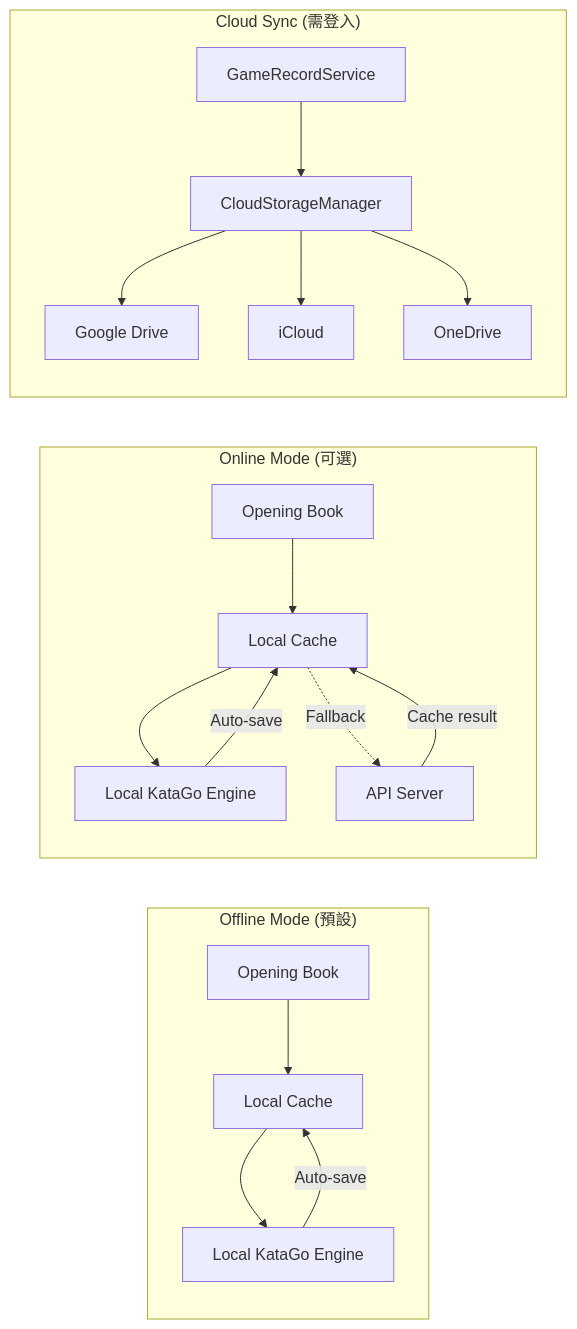
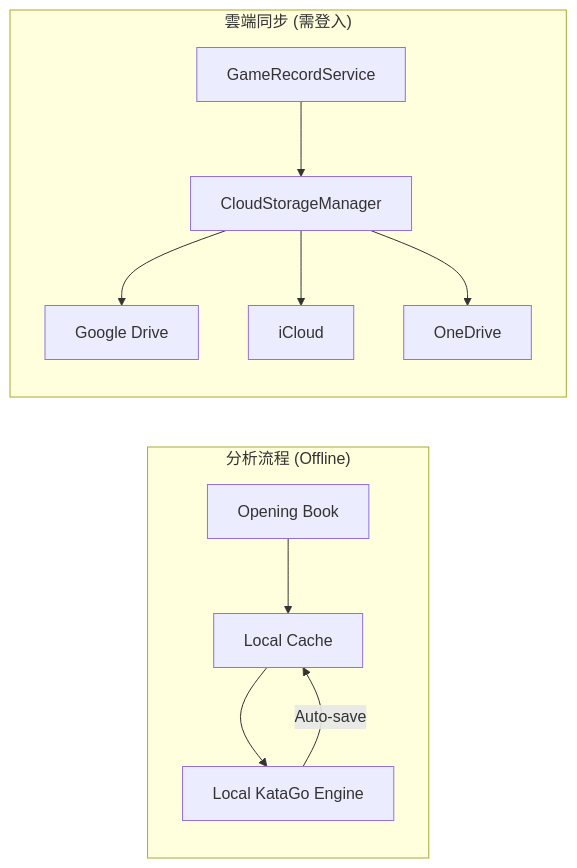
One commit to justmaker/go-strategy-app changed the third of 3 diagrams in docs/spec/ARCHITECTURE.md. Above: the diagram before and after it, drawn with Mermaid. The commit also changed other lines of this file and 6 other files, not shown here.

First line of the commit message:
docs: remove API Server from architecture (offline-only)

````diff
--- a/docs/spec/ARCHITECTURE.md
+++ b/docs/spec/ARCHITECTURE.md
@@ -136,26 +114,17 @@
 ```mermaid
 flowchart LR
-    subgraph "Offline Mode (預設)"
+    subgraph "分析流程 (Offline)"
         direction TB
         A1[Opening Book] --> A2[Local Cache]
         A2 --> A3[Local KataGo Engine]
         A3 -->|Auto-save| A2
     end
 
-    subgraph "Online Mode (可選)"
-        direction TB
-        B1[Opening Book] --> B2[Local Cache]
-        B2 --> B3[Local KataGo Engine]
-        B3 -->|Auto-save| B2
-        B2 -.->|Fallback| B4[API Server]
-        B4 -->|Cache result| B2
-    end
-
-    subgraph "Cloud Sync (需登入)"
+    subgraph "雲端同步 (需登入)"
         direction TB
         C1[GameRecordService] --> C2[CloudStorageManager]
         C2 --> C3[Google Drive]
         C2 --> C4[iCloud]
         C2 --> C5[OneDrive]
     end
 ```
````
